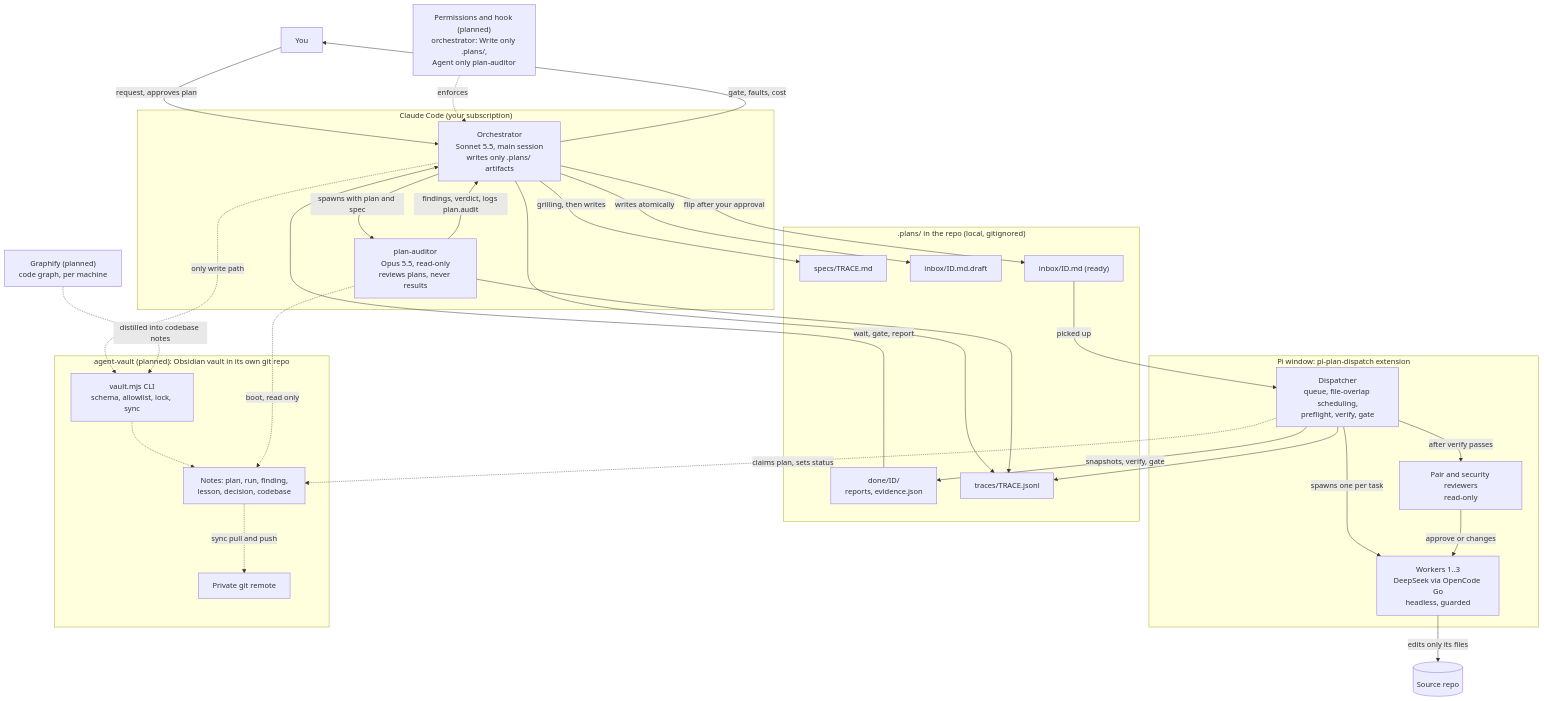
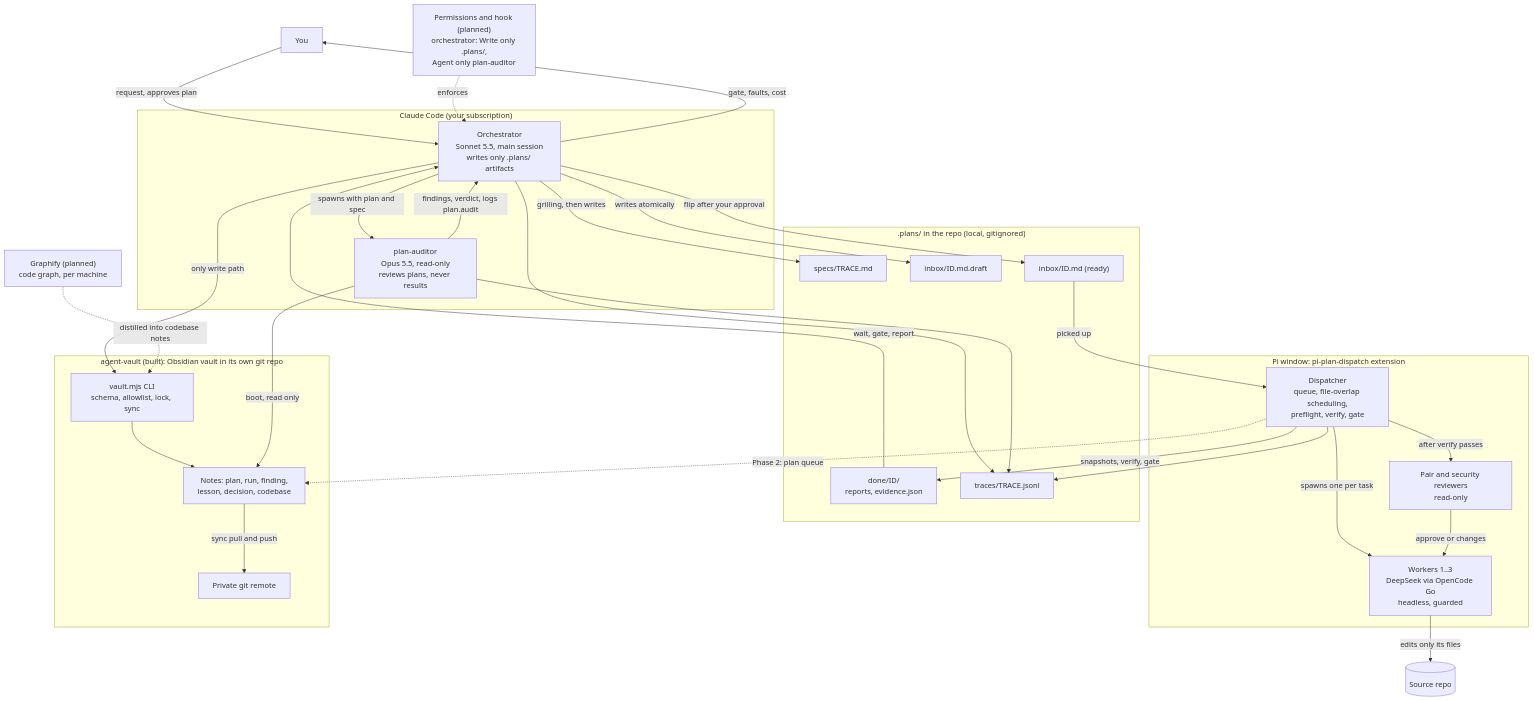
Before and after one commit to prLorence/pi-claude-dispatcher: the first of 2 diagrams in docs/architecture.md, drawn with Mermaid. The commit also changed other lines of this file and 22 other files, not shown here.

First line of the commit message:
Connect the agent vault to the harness: worker isolation, trace events, role rules, docs

````diff
--- a/docs/architecture.md
+++ b/docs/architecture.md
@@ -7,59 +7,59 @@
 ```mermaid
 flowchart TB
   user["You"]
 
   subgraph cc["Claude Code (your subscription)"]
     orch["Orchestrator<br/>Sonnet 5.5, main session<br/>writes only .plans/ artifacts"]
     aud["plan-auditor<br/>Opus 5.5, read-only<br/>reviews plans, never results"]
   end
 
   subgraph plans[".plans/ in the repo (local, gitignored)"]
     spec["specs/TRACE.md"]
     draft["inbox/ID.md.draft"]
     ready["inbox/ID.md (ready)"]
     results["done/ID/<br/>reports, evidence.json"]
     traces["traces/TRACE.jsonl"]
   end
 
   subgraph pi["Pi window: pi-plan-dispatch extension"]
     disp["Dispatcher<br/>queue, file-overlap scheduling,<br/>preflight, verify, gate"]
     w["Workers 1..3<br/>DeepSeek via OpenCode Go<br/>headless, guarded"]
     rev["Pair and security reviewers<br/>read-only"]
   end
 
   repo[("Source repo")]
 
   user -->|"request, approves plan"| orch
   orch -->|"grilling, then writes"| spec
   orch -->|"writes atomically"| draft
   orch -->|"spawns with plan and spec"| aud
   aud -->|"findings, verdict, logs plan.audit"| orch
   orch -->|"flip after your approval"| ready
   ready -->|"picked up"| disp
   disp -->|"spawns one per task"| w
   w -->|"edits only its files"| repo
   disp -->|"after verify passes"| rev
   rev -->|"approve or changes"| w
   disp -->|"snapshots, verify, gate"| results
   disp --> traces
   orch --> traces
   aud --> traces
   results -->|"wait, gate, report"| orch
   orch -->|"gate, faults, cost"| user
 
-  subgraph vault["agent-vault (planned): Obsidian vault in its own git repo"]
+  subgraph vault["agent-vault (built): Obsidian vault in its own git repo"]
     cli["vault.mjs CLI<br/>schema, allowlist, lock, sync"]
     notes["Notes: plan, run, finding,<br/>lesson, decision, codebase"]
     remote["Private git remote"]
   end
   gfy["Graphify (planned)<br/>code graph, per machine"]
 
-  orch -.->|"only write path"| cli
-  cli -.-> notes
-  notes -.->|"sync pull and push"| remote
-  aud -.->|"boot, read only"| notes
-  disp -.->|"claims plan, sets status"| notes
+  orch -->|"only write path"| cli
+  cli --> notes
+  notes -->|"sync pull and push"| remote
+  aud -->|"boot, read only"| notes
+  disp -.->|"Phase 2: plan queue"| notes
   gfy -.->|"distilled into codebase notes"| cli
   guard["Permissions and hook (planned)<br/>orchestrator: Write only .plans/,<br/>Agent only plan-auditor"]
   guard -.->|"enforces"| orch
 ```
````
